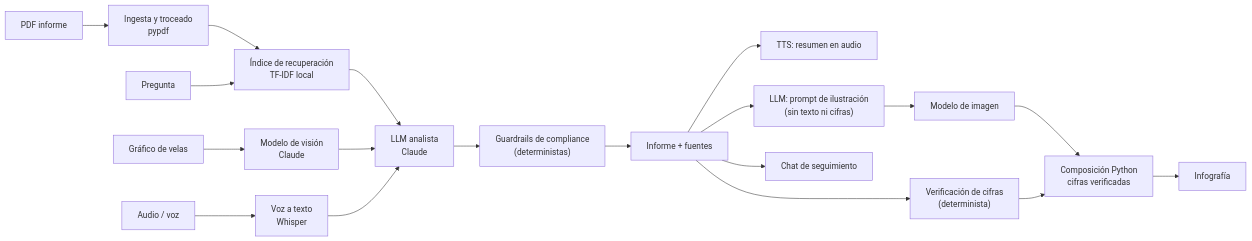
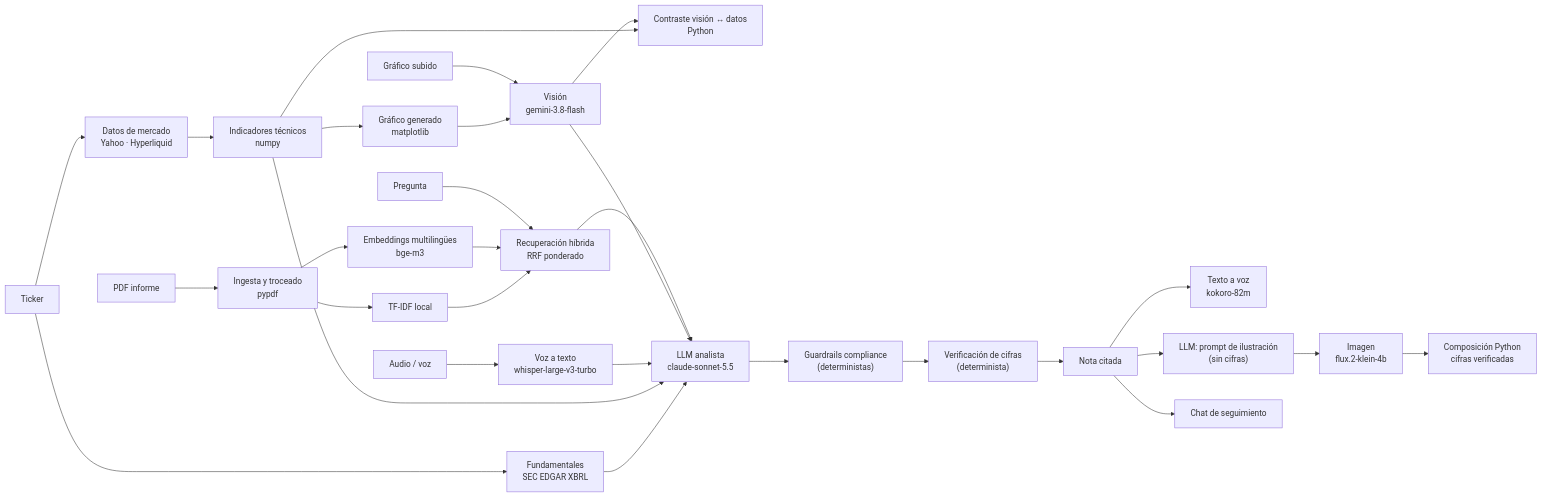
Before and after one commit to MIAX-14-ARP/Master-MIAX-Tarea-Bloque5-Multimodales: the second of 2 diagrams in README.md, drawn with Mermaid. The commit also changed other lines of this file and 43 other files, not shown here.

First line of the commit message:
Ronda 4: verificación de cifras precisa, ticker inválido, despliegue endurecido y README final (#5)

````diff
--- a/README.md
+++ b/README.md
@@ -55,17 +65,17 @@
 ```mermaid
 flowchart LR
-  PDF[PDF informe] --> ING["Ingesta y troceado<br/>pypdf"] --> RAG["Índice de recuperación<br/>TF-IDF local"]
-  IMG[Gráfico de velas] --> VIS["Modelo de visión<br/>Claude"]
-  AUD[Audio / voz] --> STT["Voz a texto<br/>Whisper"]
-  Q[Pregunta] --> RAG
-  RAG --> LLM["LLM analista<br/>Claude"]
-  VIS --> LLM
-  STT --> LLM
-  LLM --> GR["Guardrails de compliance<br/>(deterministas)"]
-  GR --> REP[Informe + fuentes]
-  REP --> TTS["TTS: resumen en audio"]
-  REP --> FIG["Verificación de cifras<br/>(determinista)"]
-  REP --> PRM["LLM: prompt de ilustración<br/>(sin texto ni cifras)"] --> IGEN["Modelo de imagen"] --> COMP["Composición Python<br/>cifras verificadas"]
-  FIG --> COMP --> INFO[Infografía]
+  PDF[PDF informe] --> ING["Ingesta y troceado<br/>pypdf"] --> EMB["Embeddings multilingües<br/>bge-m3"] & TF["TF-IDF local"]
+  TK[Ticker] --> MD["Datos de mercado<br/>Yahoo · Hyperliquid"] --> TEC["Indicadores técnicos<br/>numpy"] --> GC["Gráfico generado<br/>matplotlib"]
+  TK --> SEC["Fundamentales<br/>SEC EDGAR XBRL"]
+  IMG[Gráfico subido] --> VIS
+  GC --> VIS["Visión<br/>gemini-3.8-flash"] --> CC["Contraste visión ↔ datos<br/>Python"]
+  TEC --> CC
+  AUD[Audio / voz] --> STT["Voz a texto<br/>whisper-large-v3-turbo"]
+  Q[Pregunta] --> RAG["Recuperación híbrida<br/>RRF ponderado"]
+  EMB & TF --> RAG
+  RAG & VIS & STT & TEC & SEC --> LLM["LLM analista<br/>claude-sonnet-5.5"]
+  LLM --> GR["Guardrails compliance<br/>(deterministas)"] --> VER["Verificación de cifras<br/>(determinista)"] --> REP[Nota citada]
+  REP --> TTS["Texto a voz<br/>kokoro-82m"]
+  REP --> PRM["LLM: prompt de ilustración<br/>(sin cifras)"] --> IGEN["Imagen<br/>flux.2-klein-4b"] --> COMP["Composición Python<br/>cifras verificadas"]
   REP --> CHAT[Chat de seguimiento]
 ```
````
